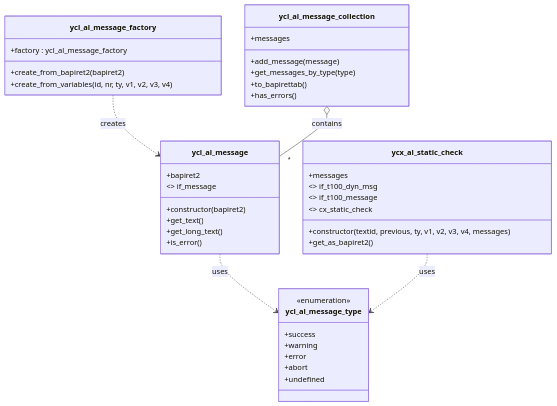
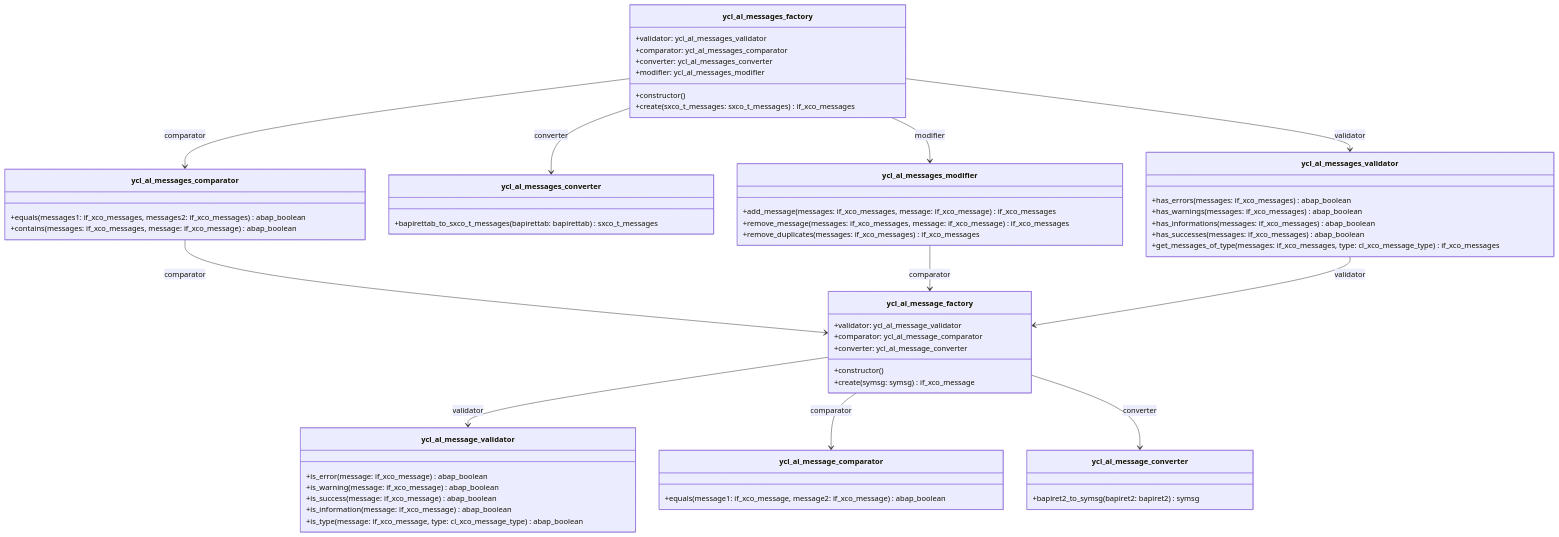
The diagram in src/yal_messaging/ClassDiagram.md (ArneVanHauwermeiren/ABAPAcceleratorLibrary), drawn with Mermaid before and after one commit.

````diff
--- a/src/yal_messaging/ClassDiagram.md
+++ b/src/yal_messaging/ClassDiagram.md
@@ -1,50 +1,74 @@
 ```mermaid
-%%{init: {'theme': 'base', 'themeVariables': {
-    'primaryColor': '#1E90FF',     // Capgemini blue
-    'primaryTextColor': '#FFFFFF', // White text
-    'lineColor': '#4D4D4D',        // Dark gray for lines
-    'secondaryColor': '#F0F0F0',   // Light gray for backgrounds
-    'tertiaryColor': '#0070AD'     // Darker Capgemini blue for highlights
-}}}%%
+
 classDiagram
-    class ycl_al_message_factory {
-        +factory : ycl_al_message_factory
-        +create_from_bapiret2(bapiret2)
-        +create_from_variables(id, nr, ty, v1, v2, v3, v4)
-    }
-    class ycl_al_message {
-        +bapiret2
-        +constructor(bapiret2)
-        +get_text()
-        +get_long_text()
-        +is_error()
-        <<interface>> if_message
-    }
-    class ycl_al_message_type {
-        <<enumeration>>
-        +success
-        +warning
-        +error
-        +abort
-        +undefined
-    }
-    class ycx_al_static_check {
-        +messages
-        +constructor(textid, previous, ty, v1, v2, v3, v4, messages)
-        +get_as_bapiret2()
-        <<interface>> if_t100_dyn_msg
-        <<interface>> if_t100_message
-        <<inherit>> cx_static_check
-    }
-    class ycl_al_message_collection {
-        +messages
-        +add_message(message)
-        +get_messages_by_type(type)
-        +to_bapirettab()
-        +has_errors()
-    }
-    ycl_al_message_factory ..> ycl_al_message: creates
-    ycl_al_message_collection o-- "*" ycl_al_message: contains
-    ycl_al_message ..> ycl_al_message_type: uses
-    ycx_al_static_check ..> ycl_al_message_type: uses
+class ycl_al_message_comparator {
+    +equals(message1: if_xco_message, message2: if_xco_message) abap_boolean
+}
+
+class ycl_al_message_converter {
+    +bapiret2_to_symsg(bapiret2: bapiret2) symsg
+}
+
+class ycl_al_message_factory {
+    +validator: ycl_al_message_validator
+    +comparator: ycl_al_message_comparator
+    +converter: ycl_al_message_converter
+    +constructor()
+    +create(symsg: symsg) if_xco_message
+}
+
+class ycl_al_message_validator {
+    +is_error(message: if_xco_message) abap_boolean
+    +is_warning(message: if_xco_message) abap_boolean
+    +is_success(message: if_xco_message) abap_boolean
+    +is_information(message: if_xco_message) abap_boolean
+    +is_type(message: if_xco_message, type: cl_xco_message_type) abap_boolean
+}
+
+class ycl_al_messages_comparator {
+    +equals(messages1: if_xco_messages, messages2: if_xco_messages) abap_boolean
+    +contains(messages: if_xco_messages, message: if_xco_message) abap_boolean
+}
+
+class ycl_al_messages_converter {
+    +bapirettab_to_sxco_t_messages(bapirettab: bapirettab) sxco_t_messages
+}
+
+class ycl_al_messages_factory {
+    +validator: ycl_al_messages_validator
+    +comparator: ycl_al_messages_comparator
+    +converter: ycl_al_messages_converter
+    +modifier: ycl_al_messages_modifier
+    +constructor()
+    +create(sxco_t_messages: sxco_t_messages) if_xco_messages
+}
+
+class ycl_al_messages_modifier {
+    +add_message(messages: if_xco_messages, message: if_xco_message) if_xco_messages
+    +remove_message(messages: if_xco_messages, message: if_xco_message) if_xco_messages
+    +remove_duplicates(messages: if_xco_messages) if_xco_messages
+}
+
+class ycl_al_messages_validator {
+    +has_errors(messages: if_xco_messages) abap_boolean
+    +has_warnings(messages: if_xco_messages) abap_boolean
+    +has_informations(messages: if_xco_messages) abap_boolean
+    +has_successes(messages: if_xco_messages) abap_boolean
+    +get_messages_of_type(messages: if_xco_messages, type: cl_xco_message_type) if_xco_messages
+}
+
+ycl_al_message_factory --> ycl_al_message_validator : validator
+ycl_al_message_factory --> ycl_al_message_comparator : comparator
+ycl_al_message_factory --> ycl_al_message_converter : converter
+
+ycl_al_messages_factory --> ycl_al_messages_validator : validator
+ycl_al_messages_factory --> ycl_al_messages_comparator : comparator
+ycl_al_messages_factory --> ycl_al_messages_converter : converter
+ycl_al_messages_factory --> ycl_al_messages_modifier : modifier
+
+ycl_al_messages_comparator --> ycl_al_message_factory : comparator
+
+ycl_al_messages_modifier --> ycl_al_message_factory : comparator
+
+ycl_al_messages_validator --> ycl_al_message_factory : validator
 ```
````
